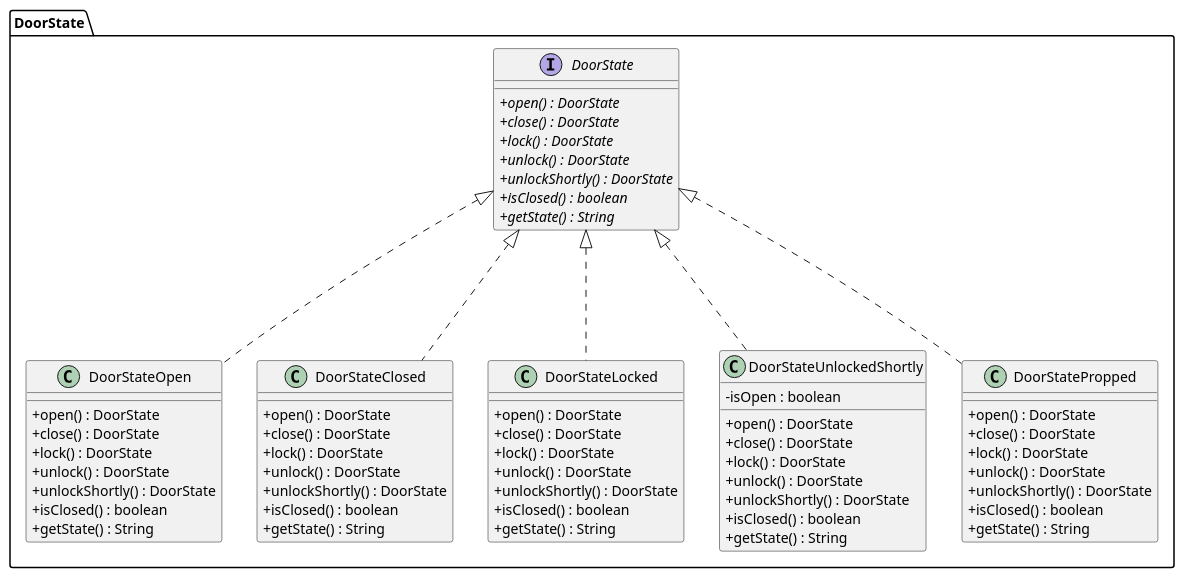
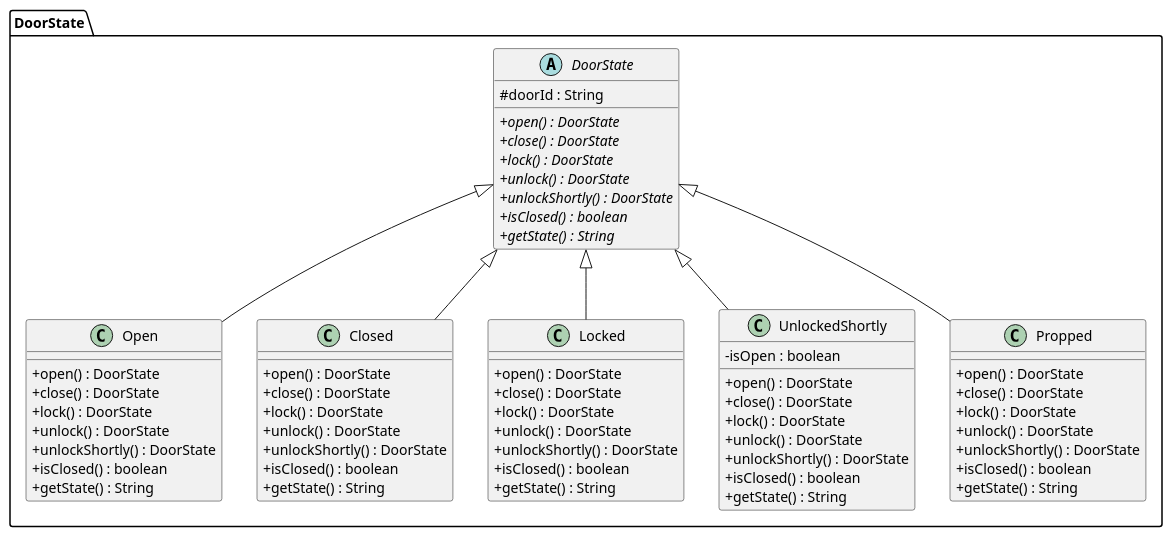
Before and after one commit to PatataZezy/PracticaDS: the diagram in src/baseNoStates/uml/package_DoorState.puml, drawn with PlantUML. The commit also changed 16 other files, not shown here.

```diff
--- a/src/baseNoStates/uml/package_DoorState.puml
+++ b/src/baseNoStates/uml/package_DoorState.puml
@@ -1,73 +1,68 @@
 @startuml
 'https://plantuml.com/class-diagram
 skinparam classAttributeIconSize 0
 
 package "DoorState" {
-    interface "DoorState" {
+    abstract class "DoorState" {
+        # doorId : String
         + {abstract} open() : DoorState
         + {abstract} close() : DoorState
         + {abstract} lock() : DoorState
         + {abstract} unlock() : DoorState
         + {abstract} unlockShortly() : DoorState
         + {abstract} isClosed() : boolean
         + {abstract} getState() : String
     }
 
-    class "DoorStateOpen" {
+    class "Open" extends "DoorState" {
         + open() : DoorState
         + close() : DoorState
         + lock() : DoorState
         + unlock() : DoorState
         + unlockShortly() : DoorState
         + isClosed() : boolean
         + getState() : String
     }
 
-    class "DoorStateClosed" {
+    class "Closed" extends "DoorState" {
         + open() : DoorState
         + close() : DoorState
         + lock() : DoorState
         + unlock() : DoorState
         + unlockShortly() : DoorState
         + isClosed() : boolean
         + getState() : String
     }
 
-    class "DoorStateLocked" {
+    class "Locked" extends "DoorState" {
         + open() : DoorState
         + close() : DoorState
         + lock() : DoorState
         + unlock() : DoorState
         + unlockShortly() : DoorState
         + isClosed() : boolean
         + getState() : String
     }
 
-    class "DoorStateUnlockedShortly" {
+    class "UnlockedShortly" extends "DoorState" {
         - isOpen : boolean
         + open() : DoorState
         + close() : DoorState
         + lock() : DoorState
         + unlock() : DoorState
         + unlockShortly() : DoorState
         + isClosed() : boolean
         + getState() : String
     }
 
-    class "DoorStatePropped" {
+    class "Propped" extends "DoorState" {
         + open() : DoorState
         + close() : DoorState
         + lock() : DoorState
         + unlock() : DoorState
         + unlockShortly() : DoorState
         + isClosed() : boolean
         + getState() : String
     }
-
-    "DoorState" <|... "DoorStateOpen"
-    "DoorState" <|... "DoorStateClosed"
-    "DoorState" <|... "DoorStateLocked"
-    "DoorState" <|... "DoorStateUnlockedShortly"
-    "DoorState" <|... "DoorStatePropped"
 }
 @enduml
```
